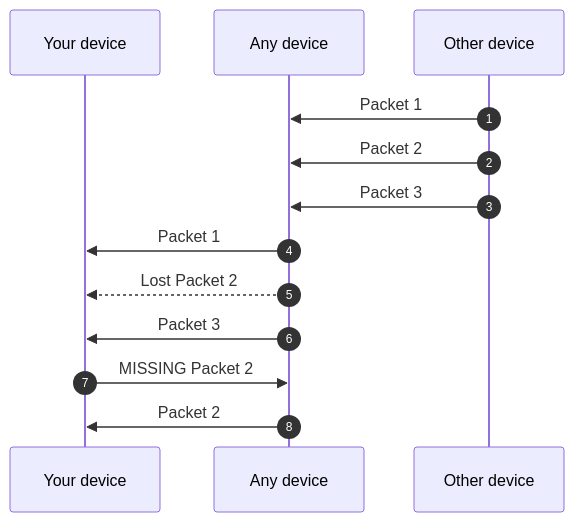
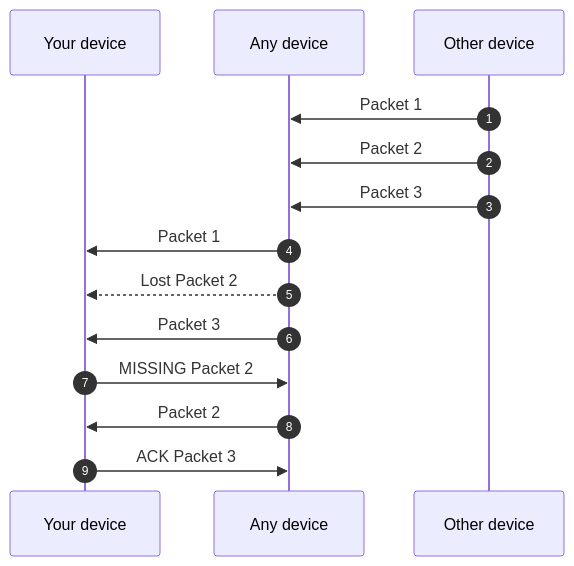
The third of 3 diagrams in mechanisms/ACKNOWLEDGEMENT.md (4surix/honeybee), drawn with Mermaid before and after one commit. The commit also changed other lines of this file and 4 other files, not shown here.

````diff
--- a/mechanisms/ACKNOWLEDGEMENT.md
+++ b/mechanisms/ACKNOWLEDGEMENT.md
@@ -50,16 +117,17 @@
 ```mermaid
 sequenceDiagram
     autonumber
     participant DeviceX as Your device
     participant DeviceN as Any device
     participant DeviceY as Other device
 
     DeviceY ->> DeviceN: Packet 1
     DeviceY ->> DeviceN: Packet 2
     DeviceY ->> DeviceN: Packet 3
     DeviceN ->> DeviceX: Packet 1
     DeviceN -->> DeviceX: Lost Packet 2
     DeviceN ->> DeviceX: Packet 3
     DeviceX ->> DeviceN: MISSING Packet 2
     DeviceN ->> DeviceX: Packet 2
+    DeviceX ->> DeviceN: ACK Packet 3
 ```
````
